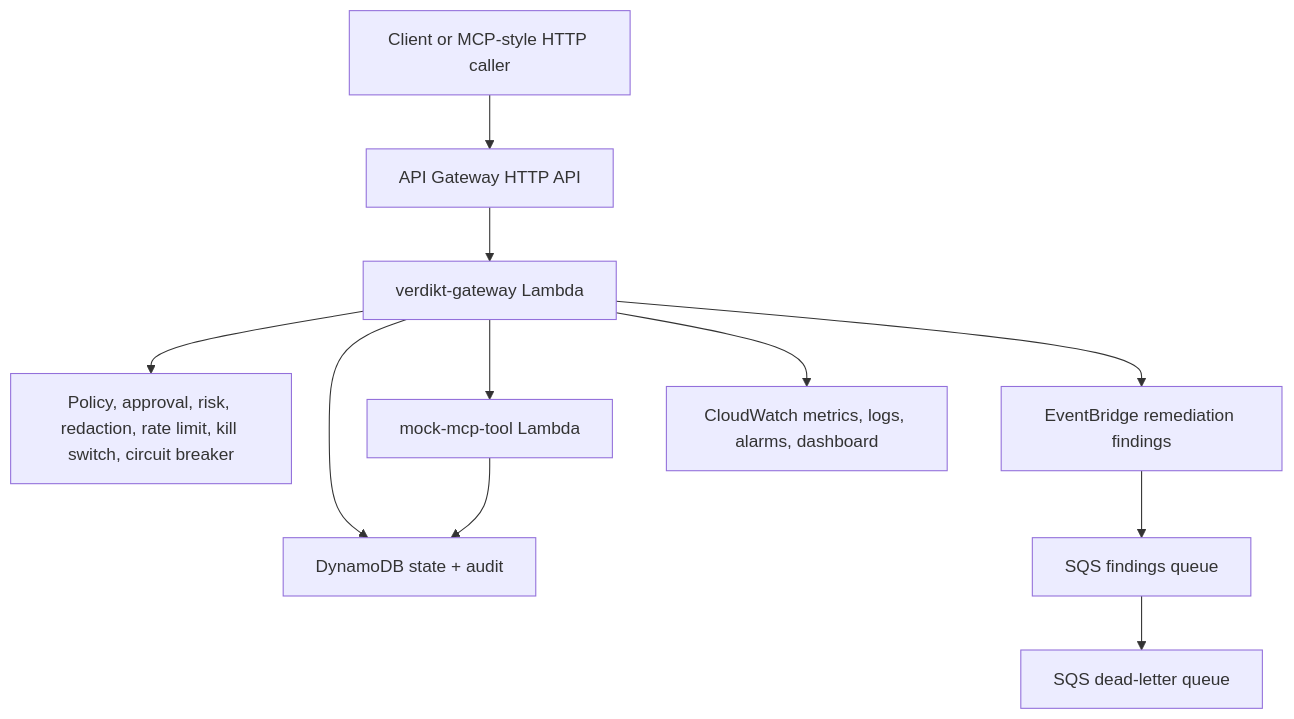
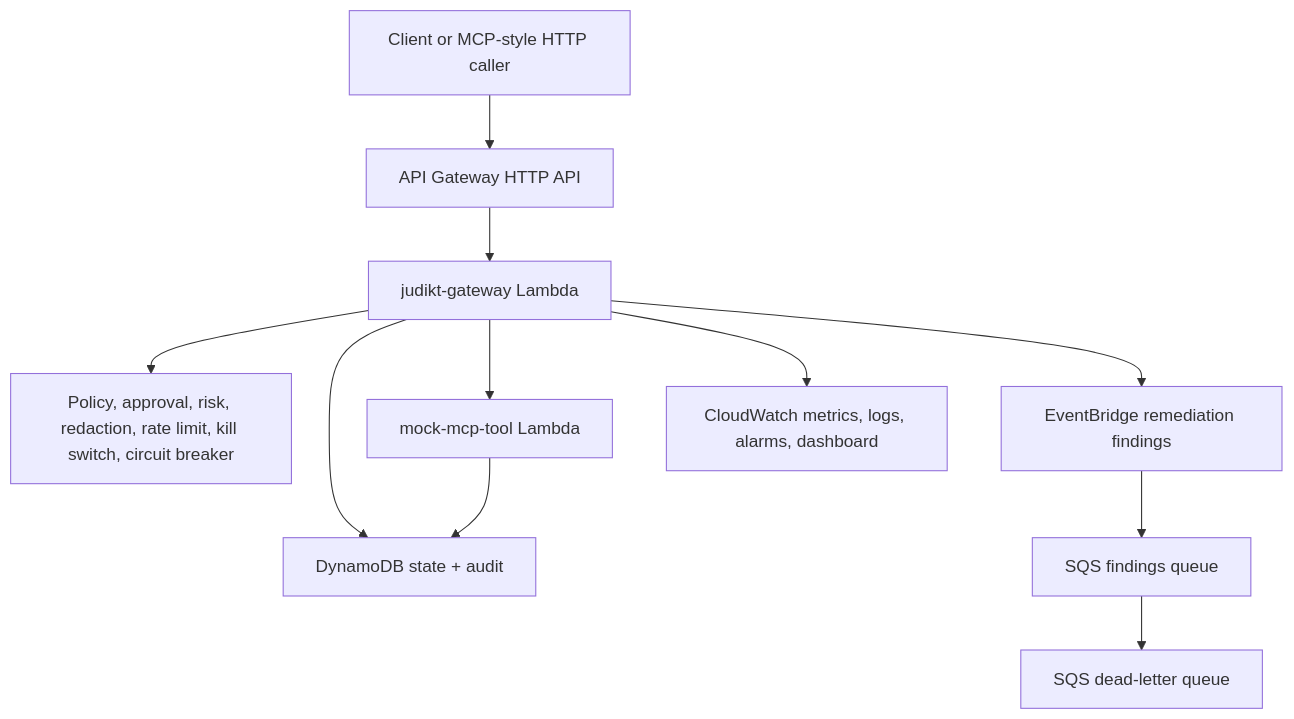
The diagram in infra/aws/serverless/README.md (gaurav-gs7/Verdikt), drawn with Mermaid before and after one commit. The commit also changed other lines of this file and 187 other files, not shown here.

````diff
--- a/infra/aws/serverless/README.md
+++ b/infra/aws/serverless/README.md
@@ -5,13 +5,13 @@
 ```mermaid
 flowchart TD
     Client["Client or MCP-style HTTP caller"] --> API["API Gateway HTTP API"]
-    API --> Gateway["verdikt-gateway Lambda"]
+    API --> Gateway["judikt-gateway Lambda"]
     Gateway --> Policy["Policy, approval, risk, redaction, rate limit, kill switch, circuit breaker"]
     Gateway --> Tool["mock-mcp-tool Lambda"]
     Gateway --> DDB["DynamoDB state + audit"]
     Tool --> DDB
     Gateway --> Events["EventBridge remediation findings"]
     Events --> SQS["SQS findings queue"]
     SQS --> DLQ["SQS dead-letter queue"]
     Gateway --> CW["CloudWatch metrics, logs, alarms, dashboard"]
 ```
````
